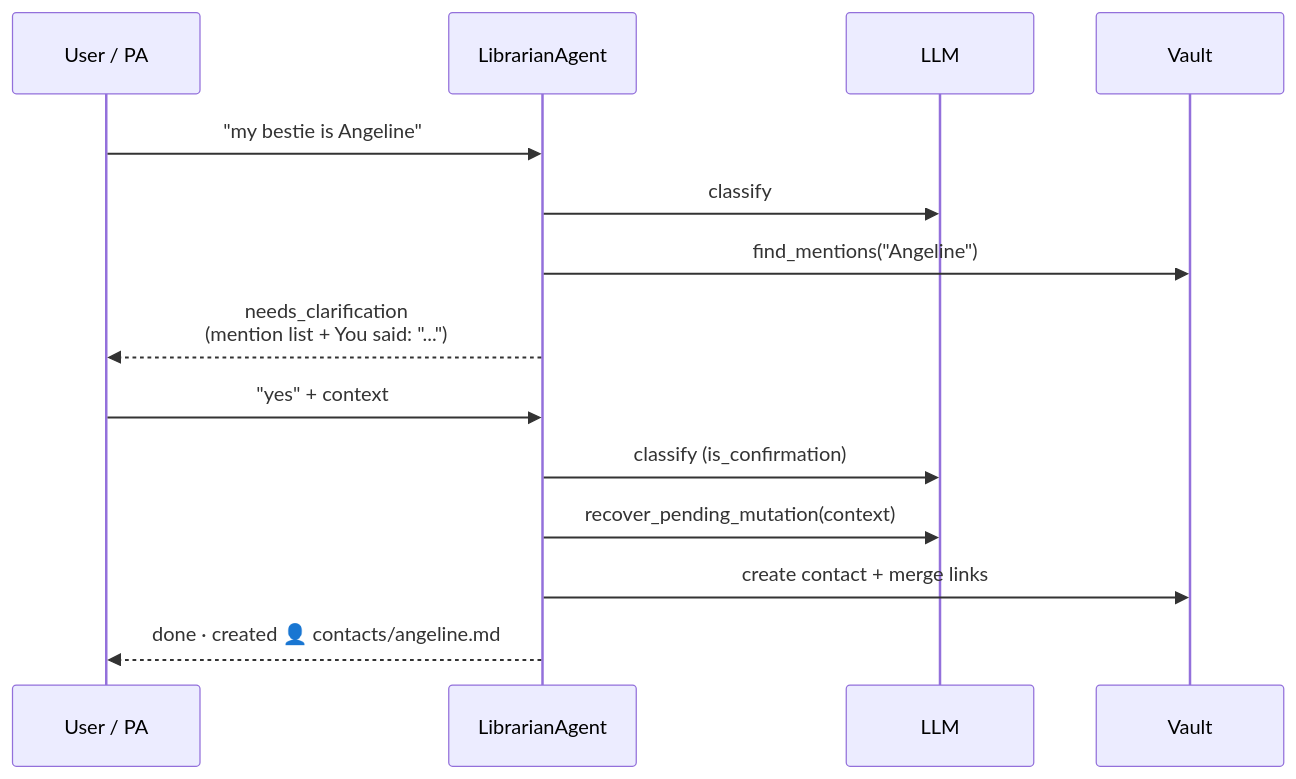
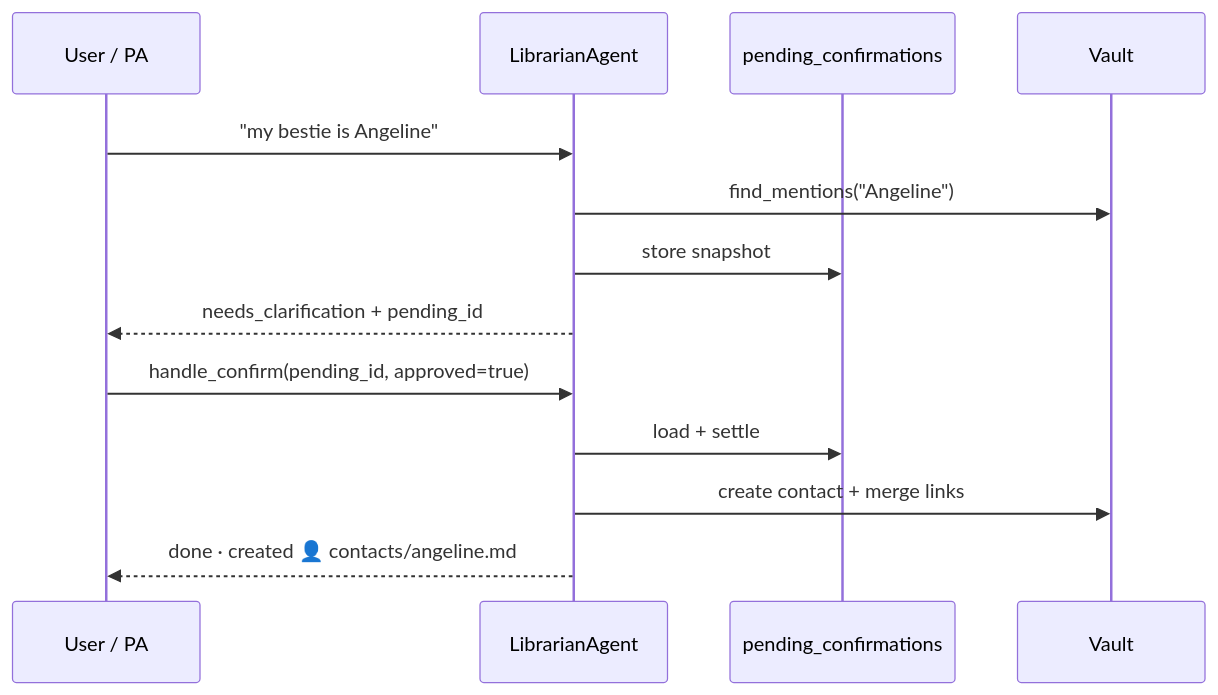
One commit to Chelle007/librarian-agent changed the second of 2 diagrams in docs/Stage 2 Architecture Flow (Jul 9).md. Above: the diagram before and after it, drawn with Mermaid. The commit also changed other lines of this file and 12 other files, not shown here.

First line of the commit message:
Store pending confirmations with pending_id instead of context recovery.

````diff
--- a/docs/Stage 2 Architecture Flow (Jul 9).md
+++ b/docs/Stage 2 Architecture Flow (Jul 9).md
@@ -166,18 +146,17 @@
 ```mermaid
 sequenceDiagram
     participant U as User / PA
     participant A as LibrarianAgent
-    participant L as LLM
+    participant DB as pending_confirmations
     participant V as Vault
 
     U->>A: "my bestie is Angeline"
-    A->>L: classify
     A->>V: find_mentions("Angeline")
-    A-->>U: needs_clarification<br/>(mention list + You said: "...")
+    A->>DB: store snapshot
+    A-->>U: needs_clarification + pending_id
 
-    U->>A: "yes" + context
-    A->>L: classify (is_confirmation)
-    A->>L: recover_pending_mutation(context)
+    U->>A: handle_confirm(pending_id, approved=true)
+    A->>DB: load + settle
     A->>V: create contact + merge links
     A-->>U: done · created 👤 contacts/angeline.md
 ```
````
